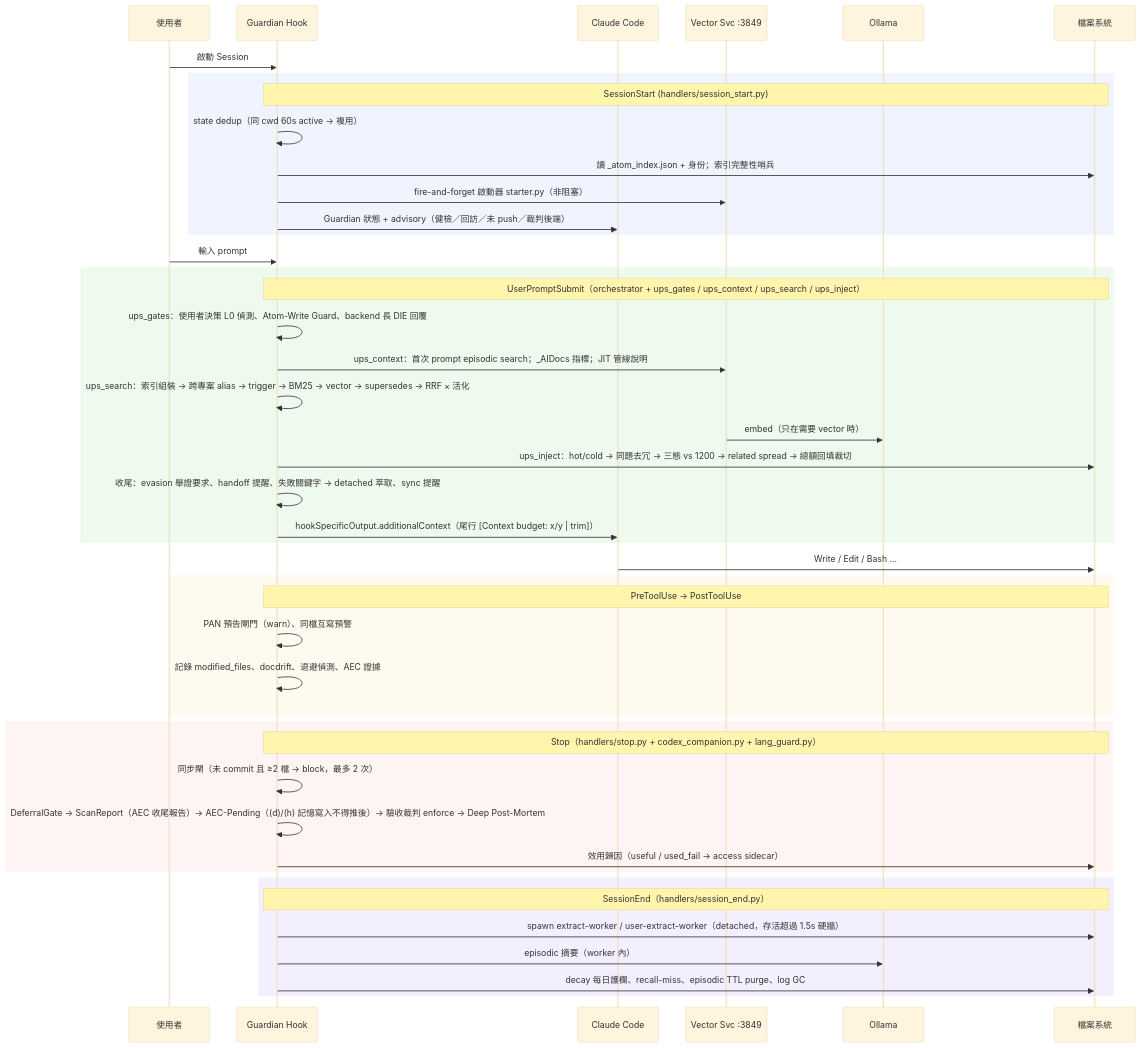
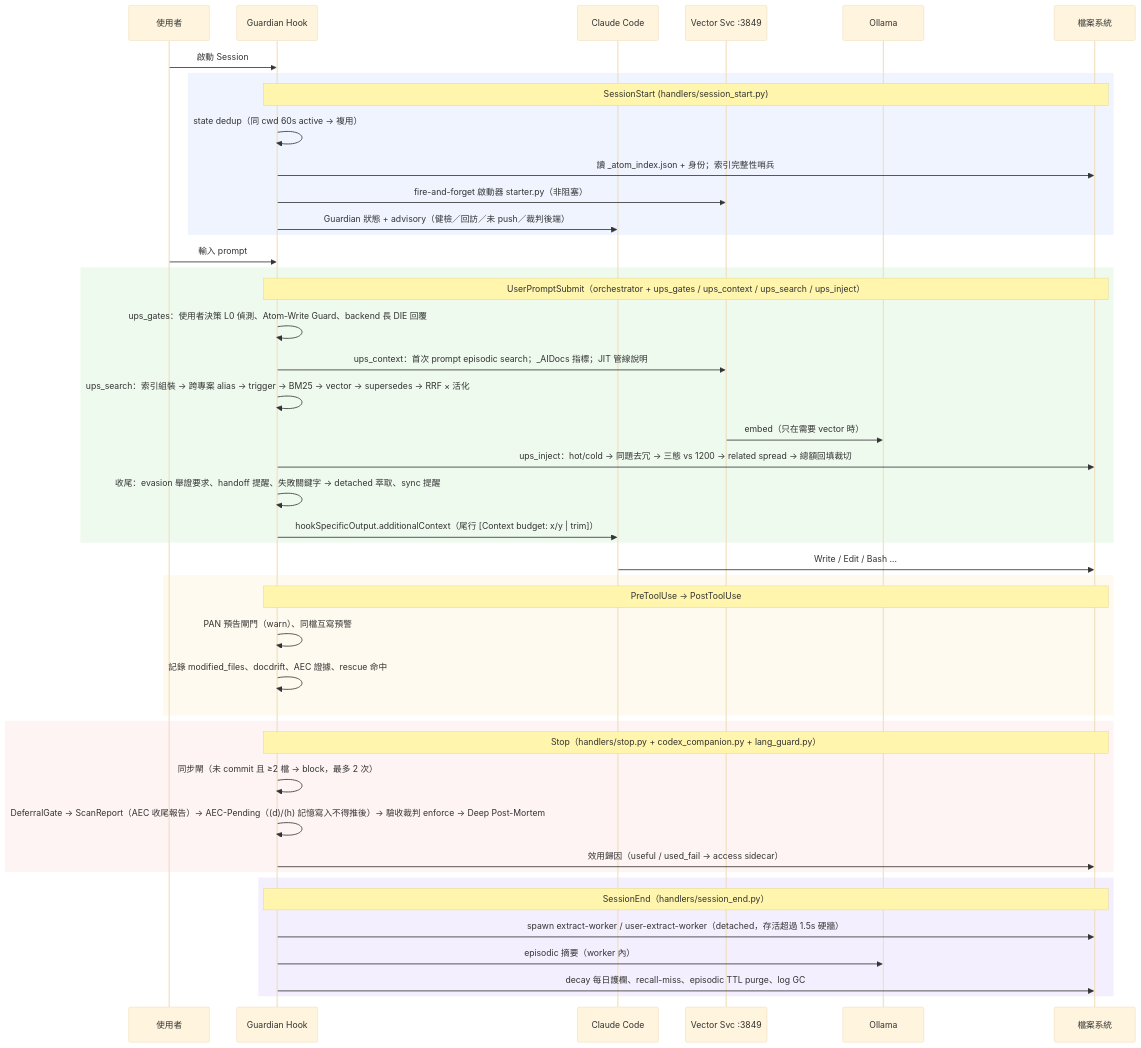
One commit to holylight1979/AtomicMemory-ClaudeCode changed the diagram in TECH.md. Above: the diagram before and after it, drawn with Mermaid (base theme). The commit also changed other lines of this file and 153 other files, not shown here.

````diff
--- a/TECH.md
+++ b/TECH.md
@@ -99,51 +97,51 @@
 ```mermaid
 sequenceDiagram
     participant U as 使用者
     participant G as Guardian Hook
     participant C as Claude Code
     participant V as Vector Svc :3849
     participant O as Ollama
     participant F as 檔案系統
 
     U->>G: 啟動 Session
     rect rgba(100,150,255,0.1)
         note over G,F: SessionStart (handlers/session_start.py)
         G->>G: state dedup（同 cwd 60s active → 複用）
         G->>F: 讀 _atom_index.json + 身份；索引完整性哨兵
         G->>V: fire-and-forget 啟動器 starter.py（非阻塞）
         G->>C: Guardian 狀態 + advisory（健檢／回訪／未 push／裁判後端）
     end
 
     U->>G: 輸入 prompt
     rect rgba(100,200,100,0.1)
         note over G,F: UserPromptSubmit（orchestrator + ups_gates / ups_context / ups_search / ups_inject）
         G->>G: ups_gates：使用者決策 L0 偵測、Atom-Write Guard、backend 長 DIE 回覆
         G->>V: ups_context：首次 prompt episodic search；_AIDocs 指標；JIT 管線說明
         G->>G: ups_search：索引組裝 → 跨專案 alias → trigger → BM25 → vector → supersedes → RRF × 活化
         V->>O: embed（只在需要 vector 時）
         G->>F: ups_inject：hot/cold → 同題去冗 → 三態 vs 1200 → related spread → 總額回填裁切
         G->>G: 收尾：evasion 舉證要求、handoff 提醒、失敗關鍵字 → detached 萃取、sync 提醒
         G->>C: hookSpecificOutput.additionalContext（尾行 [Context budget: x/y | trim]）
     end
 
     C->>F: Write / Edit / Bash …
     rect rgba(255,200,100,0.1)
         note over G,F: PreToolUse → PostToolUse
         G->>G: PAN 預告閘門（warn）、同檔互寫預警
-        G->>G: 記錄 modified_files、docdrift、退避偵測、AEC 證據
+        G->>G: 記錄 modified_files、docdrift、AEC 證據、rescue 命中
     end
 
     rect rgba(255,150,150,0.1)
         note over G,F: Stop（handlers/stop.py + codex_companion.py + lang_guard.py）
         G->>G: 同步閘（未 commit 且 ≥2 檔 → block，最多 2 次）
         G->>G: DeferralGate → ScanReport（AEC 收尾報告）→ AEC-Pending（(d)/(h) 記憶寫入不得推後）→ 驗收裁判 enforce → Deep Post-Mortem
         G->>F: 效用歸因（useful / used_fail → access sidecar）
     end
 
     rect rgba(150,100,255,0.1)
         note over G,F: SessionEnd（handlers/session_end.py）
         G->>F: spawn extract-worker / user-extract-worker（detached，存活超過 1.5s 硬牆）
         G->>O: episodic 摘要（worker 內）
         G->>F: decay 每日護欄、recall-miss、episodic TTL purge、log GC
     end
 ```
````
